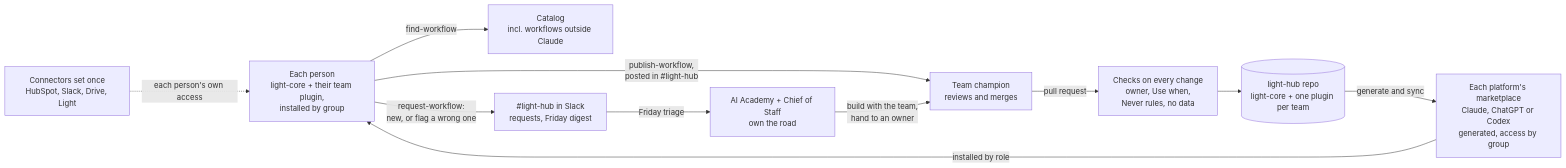
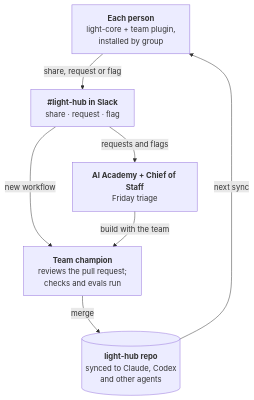
Before and after one commit to n2400813g/light-hub: the diagram in docs/diagrams/hub-architecture.mmd, drawn with Mermaid. The commit also changed 3 other files, not shown here.

First line of the commit message:
Legible diagrams: architecture redrawn as a five-step loop, both rendered natively in README

```diff
--- a/docs/diagrams/hub-architecture.mmd
+++ b/docs/diagrams/hub-architecture.mmd
@@ -1,20 +1,12 @@
-flowchart LR
-  P["Each person<br/>light-core + their team plugin,<br/>installed by group"]
-  C["Team champion<br/>reviews and merges"]
-  K["Checks on every change<br/>owner, Use when,<br/>Never rules, no data"]
-  R[("light-hub repo<br/>light-core + one plugin per team")]
-  M["Each platform's marketplace<br/>Claude, ChatGPT or Codex<br/>generated, access by group"]
-  X["Connectors set once<br/>HubSpot, Slack, Drive, Light"]
-  O["Catalog<br/>incl. workflows outside Claude"]
-  S["#35;light-hub in Slack<br/>requests, Friday digest"]
-  A["AI Academy + Chief of Staff<br/>own the road"]
-  P -->|"publish-workflow,<br/>posted in #35;light-hub"| C
-  C -->|"pull request"| K
-  K --> R
-  R -->|"generate and sync"| M
-  M -->|"installed by role"| P
-  X -.->|"each person's own access"| P
-  P -->|"find-workflow"| O
-  P -->|"request-workflow:<br/>new, or flag a wrong one"| S
-  S -->|"Friday triage"| A
-  A -->|"build with the team,<br/>hand to an owner"| C
+flowchart TD
+  P["<b>Each person</b><br/>light-core + team plugin,<br/>installed by group"]
+  S["<b>#35;light-hub in Slack</b><br/>share · request · flag"]
+  A["<b>AI Academy + Chief of Staff</b><br/>Friday triage"]
+  C["<b>Team champion</b><br/>reviews the pull request;<br/>checks and evals run"]
+  R[("<b>light-hub repo</b><br/>synced to Claude, Codex<br/>and other agents")]
+  P -->|"share, request or flag"| S
+  S -->|"new workflow"| C
+  S -->|"requests and flags"| A
+  A -->|"build with the team"| C
+  C -->|"merge"| R
+  R -->|"next sync"| P
```
